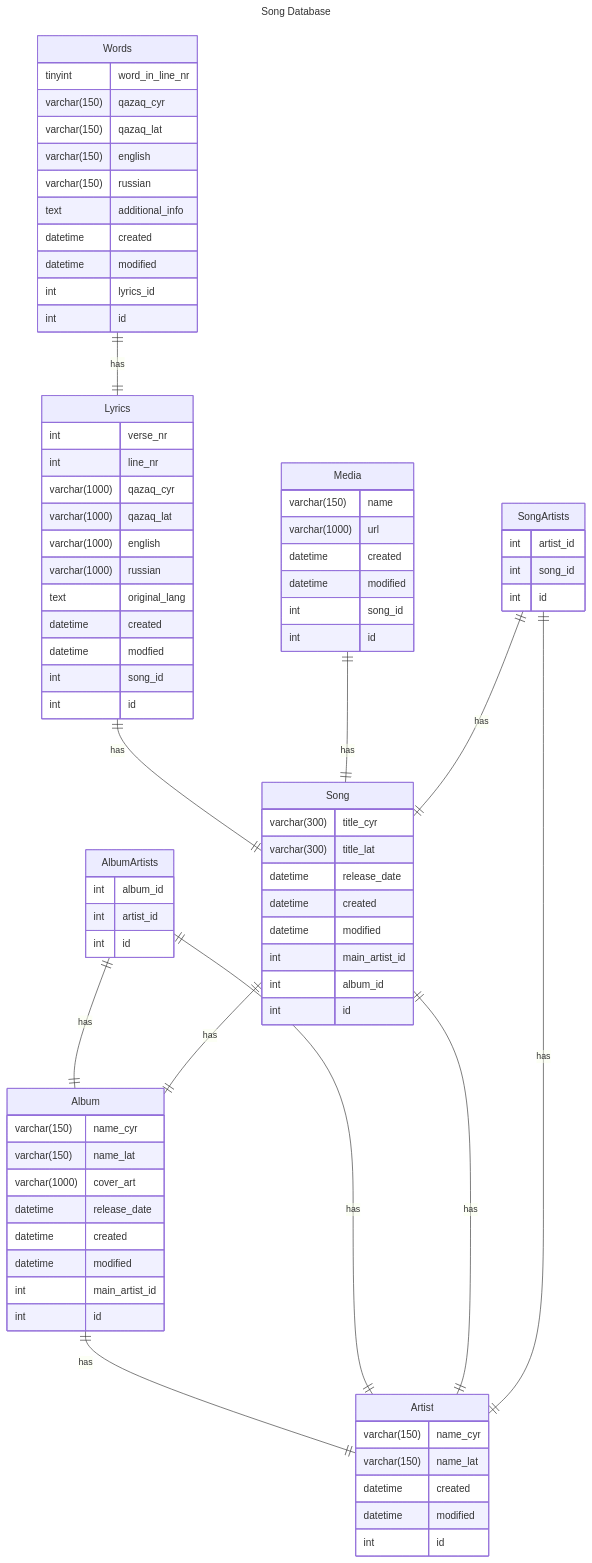
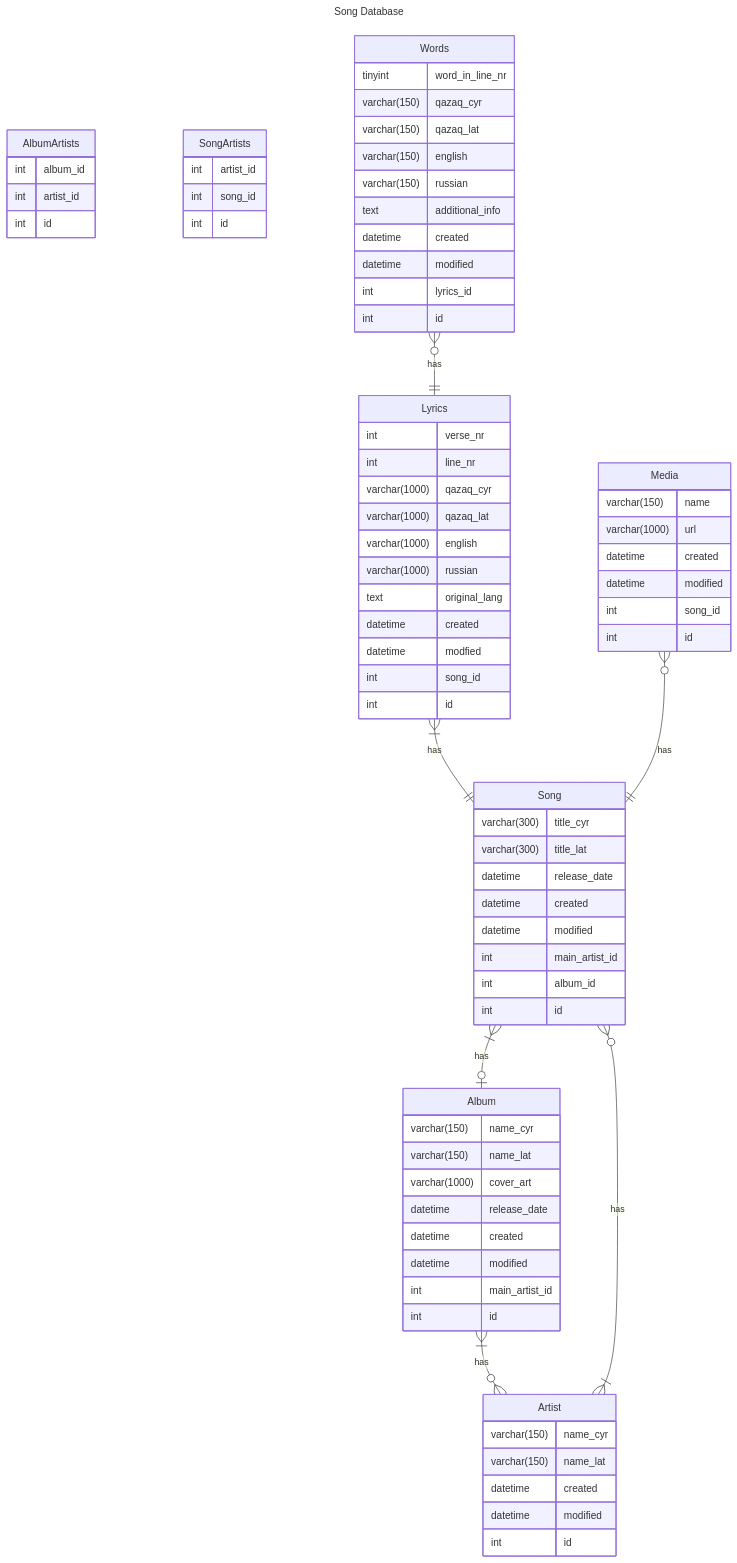
The diagram in README.MD (Qazaq-Genius/Qazaq-Genius-API), drawn with Mermaid before and after one commit.

Commit message:
#2: fixed relations, removed relations to SongArtists and AlbumArtists

````diff
--- a/README.MD
+++ b/README.MD
@@ -76,14 +76,10 @@
    int              id                  
 }
 
-Album        ||--||  Artist : has
-AlbumArtists ||--||   Album : has
-AlbumArtists ||--||  Artist : has
-Lyrics       ||--||    Song : has
-Media        ||--||    Song : has
-Song         ||--||   Album : has
-Song         ||--||  Artist : has
-SongArtists  ||--||  Artist : has
-SongArtists  ||--||    Song : has
-Words        ||--||  Lyrics : has
+Album        }|--o{  Artist : has
+Lyrics       }|--||    Song : has
+Media        }o--||    Song : has
+Song         }|--o|   Album : has
+Song         }o--|{  Artist : has
+Words        }o--||  Lyrics : has
 ```
````
